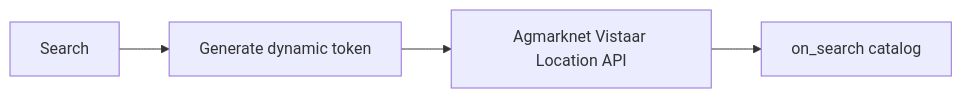
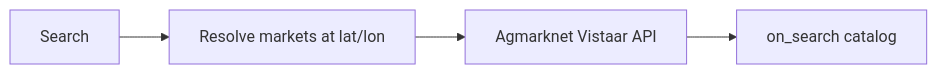
The first of 2 diagrams in docs/MANDI_PRICE_FLOW.md (OpenAgriNet/bharat-provider-backend), drawn with Mermaid before and after one commit. The commit also changed other lines of this file and 1 other file, not shown here.

First line of the commit message:
Resolve markets via DB and call Vistaar API

````diff
--- a/docs/MANDI_PRICE_FLOW.md
+++ b/docs/MANDI_PRICE_FLOW.md
@@ -15,6 +15,6 @@
 ```mermaid
 flowchart LR
-    A[Search] --> B[Generate dynamic token]
-    B --> C[Agmarknet Vistaar Location API]
+    A[Search] --> B[Resolve markets at lat/lon]
+    B --> C[Agmarknet Vistaar API]
     C --> D[on_search catalog]
 ```
````
